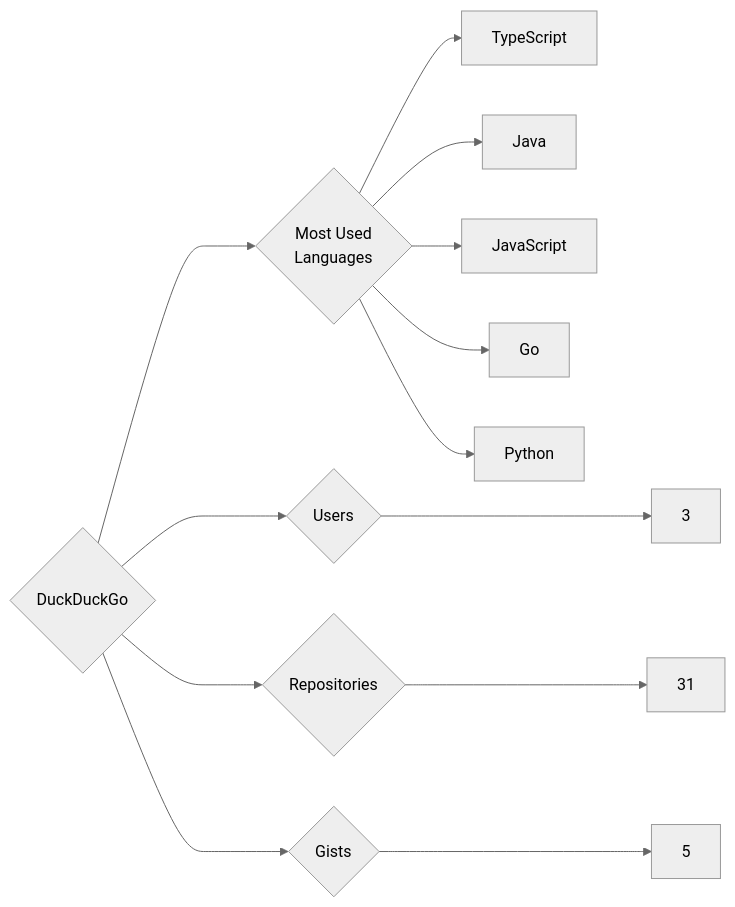
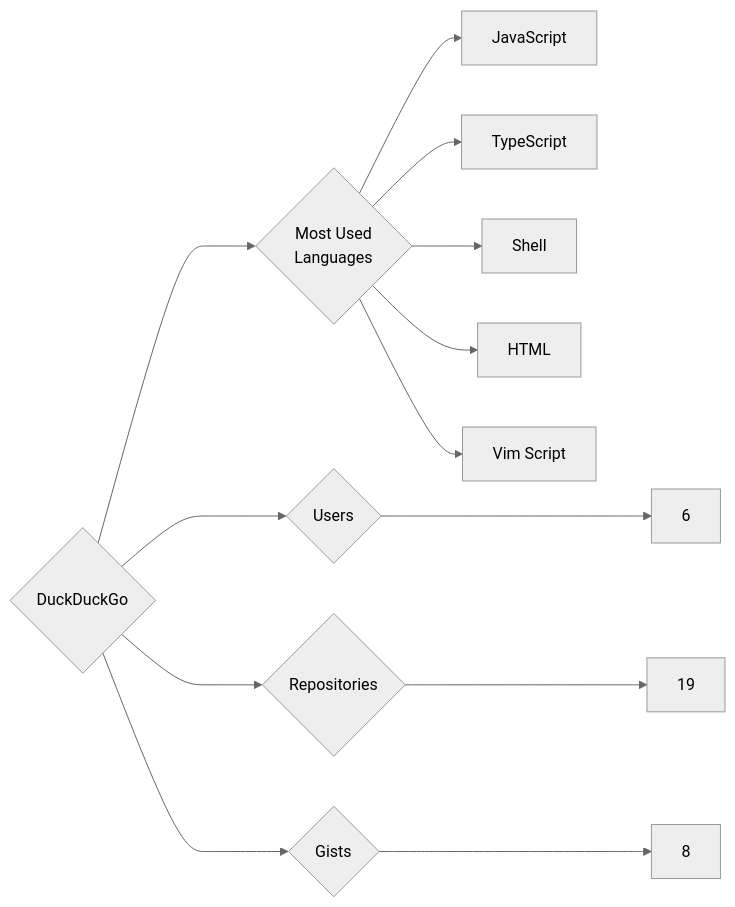
The diagram in targets/DuckDuckGo/README.md (trickest/insiders), drawn with Mermaid (neutral theme) before and after one commit. The commit also changed 815 other files, not shown here.

````diff
--- a/targets/DuckDuckGo/README.md
+++ b/targets/DuckDuckGo/README.md
@@ -3,13 +3,13 @@
 ```mermaid
 graph LR
 COMPANY_NAME{DuckDuckGo}
-COMPANY_NAME ---> U{Users} ---> UN[3]
-COMPANY_NAME ---> R{Repositories} ---> RN[31]
-COMPANY_NAME ---> G{Gists} ---> GN[5]
+COMPANY_NAME ---> U{Users} ---> UN[6]
+COMPANY_NAME ---> R{Repositories} ---> RN[19]
+COMPANY_NAME ---> G{Gists} ---> GN[8]
 COMPANY_NAME ---> ML{Most Used<br>Languages}
+ML --> JavaScript[JavaScript]
 ML --> TypeScript[TypeScript]
-ML --> Java[Java]
-ML --> JavaScript[JavaScript]
-ML --> Go[Go]
-ML --> Python[Python]
+ML --> Shell[Shell]
+ML --> HTML[HTML]
+ML --> Vim_Script[Vim Script]
 ```
````
